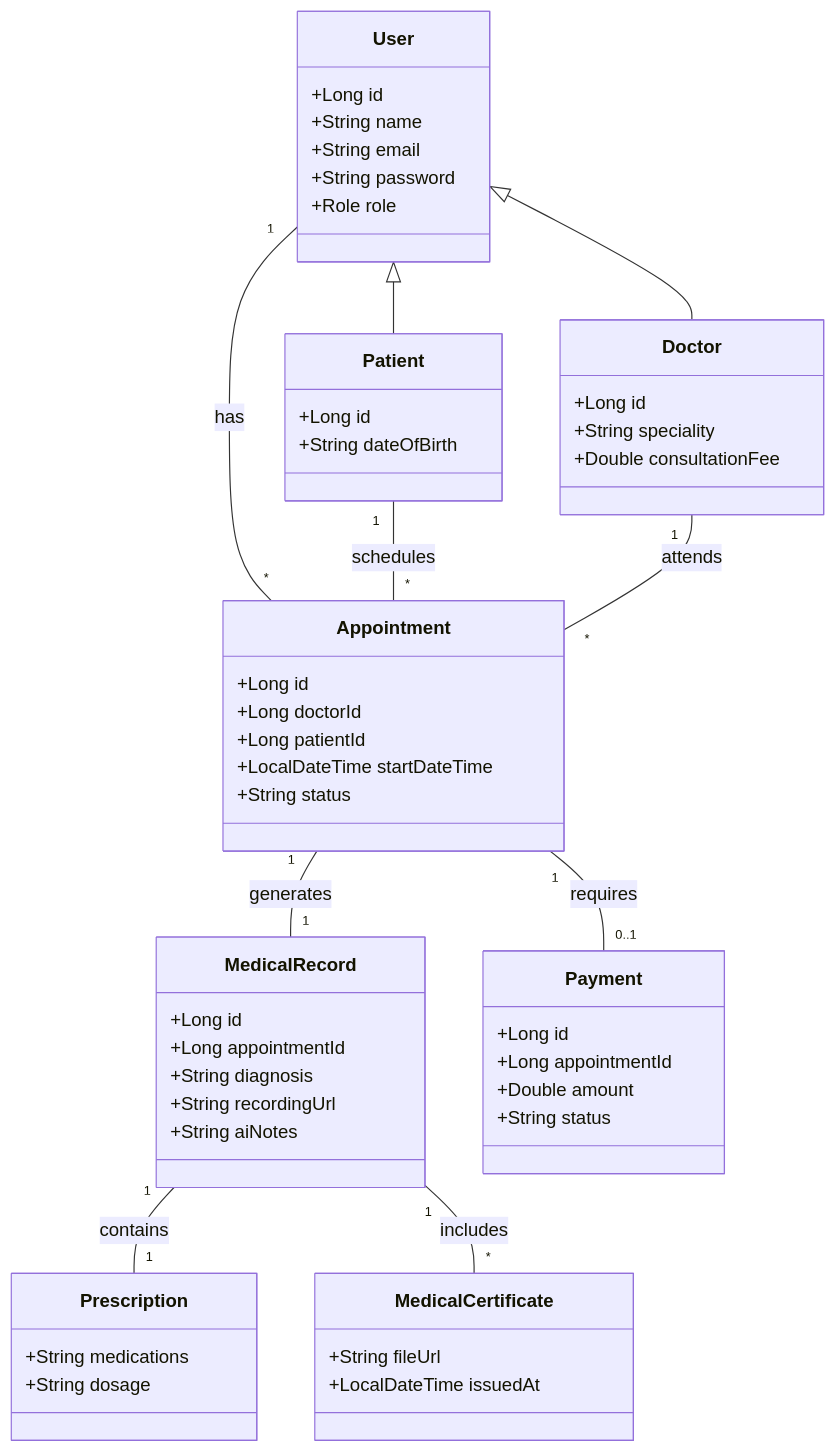
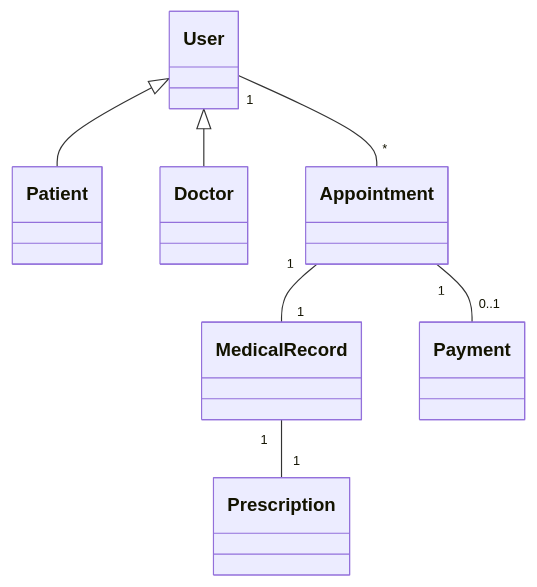
The second of 2 diagrams in README.md (hariti-asm/mydoctor), drawn with Mermaid before and after one commit. The commit also changed other lines of this file, not shown here.

Commit message:
docs: overhaul README with impeccable documentation, video demo, and architectural deep-dives

````diff
--- a/README.md
+++ b/README.md
@@ -145,64 +70,9 @@
 ```mermaid
 classDiagram
-    class User {
-        +Long id
-        +String name
-        +String email
-        +String password
-        +Role role
-    }
-
-    class Patient {
-        +Long id
-        +String dateOfBirth
-    }
-
-    class Doctor {
-        +Long id
-        +String speciality
-        +Double consultationFee
-    }
-
-    class Appointment {
-        +Long id
-        +Long doctorId
-        +Long patientId
-        +LocalDateTime startDateTime
-        +String status
-    }
-
-    class MedicalRecord {
-        +Long id
-        +Long appointmentId
-        +String diagnosis
-        +String recordingUrl
-        +String aiNotes
-    }
-
-    class Prescription {
-        +String medications
-        +String dosage
-    }
-
-    class MedicalCertificate {
-        +String fileUrl
-        +LocalDateTime issuedAt
-    }
-
-    class Payment {
-        +Long id
-        +Long appointmentId
-        +Double amount
-        +String status
-    }
-
     User <|-- Patient
     User <|-- Doctor
-    User "1" -- "*" Appointment : has
-    Patient "1" -- "*" Appointment : schedules
-    Doctor "1" -- "*" Appointment : attends
-    Appointment "1" -- "1" MedicalRecord : generates
-    MedicalRecord "1" -- "1" Prescription : contains
-    MedicalRecord "1" -- "*" MedicalCertificate : includes
-    Appointment "1" -- "0..1" Payment : requires
+    User "1" -- "*" Appointment
+    Appointment "1" -- "1" MedicalRecord
+    MedicalRecord "1" -- "1" Prescription
+    Appointment "1" -- "0..1" Payment
 ```
````
